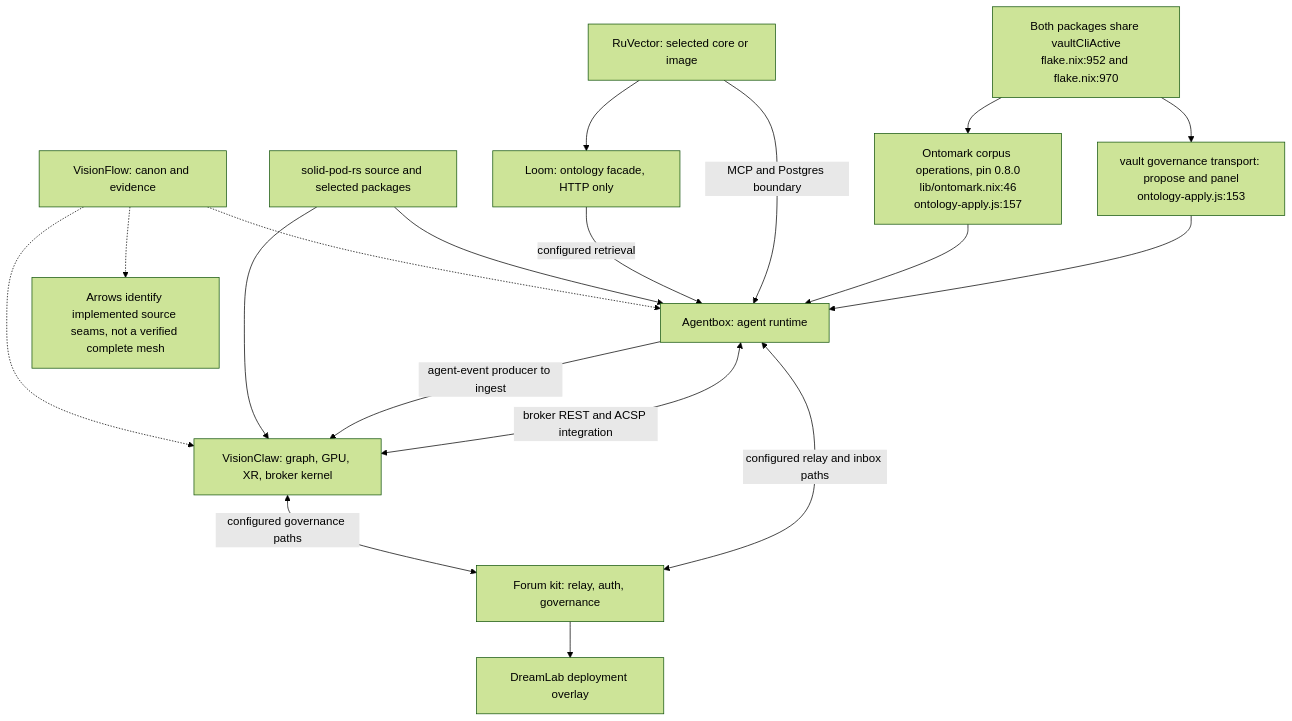
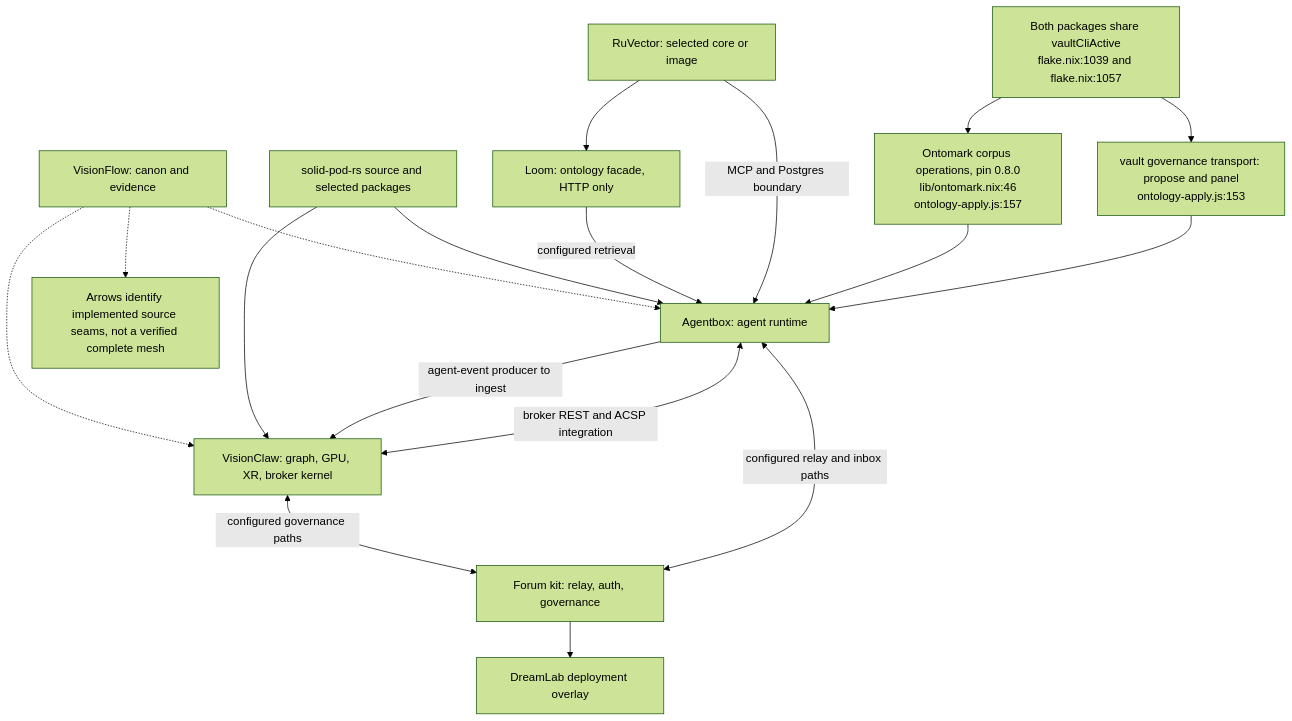
One commit to DreamLab-AI/VisionFlow changed the first of 7 diagrams in docs/diagrams/visionflow/08-compatibility-and-dependency-direction.md. Above: the diagram before and after it, drawn with Mermaid (forest theme). The commit also changed other lines of this file and 14 other files, not shown here.

Commit message:
docs: align settlement, daemon and dated health diagrams

````diff
--- a/docs/diagrams/visionflow/08-compatibility-and-dependency-direction.md
+++ b/docs/diagrams/visionflow/08-compatibility-and-dependency-direction.md
@@ -42,21 +42,21 @@
 ```mermaid
 flowchart TB
     VF["VisionFlow: canon and evidence"] -.-> VC["VisionClaw: graph, GPU, XR, broker kernel"]
     VF -.-> AB["Agentbox: agent runtime"]
     SPR["solid-pod-rs source and selected packages"] --> VC
     SPR --> AB
     NRF["Forum kit: relay, auth, governance"] --> DLW["DreamLab deployment overlay"]
     AB -->|agent-event producer to ingest| VC
     AB <-->|broker REST and ACSP integration| VC
     VC <-->|configured governance paths| NRF
     AB <-->|configured relay and inbox paths| NRF
     LOOM["Loom: ontology facade, HTTP only"] -->|configured retrieval| AB
     RV["RuVector: selected core or image"] --> LOOM
     RV -->|MCP and Postgres boundary| AB
     CLI["Ontomark corpus operations, pin 0.8.0<br/>lib/ontomark.nix:46<br/>ontology-apply.js:157"] --> AB
     VAULT["vault governance transport: propose and panel<br/>ontology-apply.js:153"] --> AB
-    GATE["Both packages share vaultCliActive<br/>flake.nix:952 and flake.nix:970"] --> CLI
+    GATE["Both packages share vaultCliActive<br/>flake.nix:1039 and flake.nix:1057"] --> CLI
     GATE --> VAULT
     SCOPE["Arrows identify implemented source seams, not a verified complete mesh"]
     VF -.-> SCOPE
 ```
````
